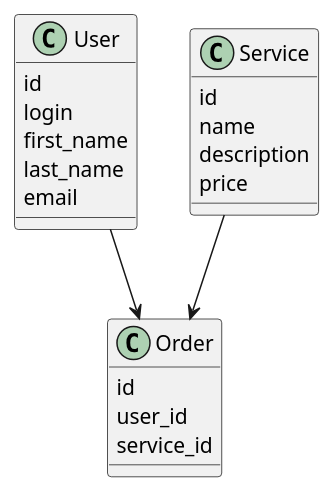
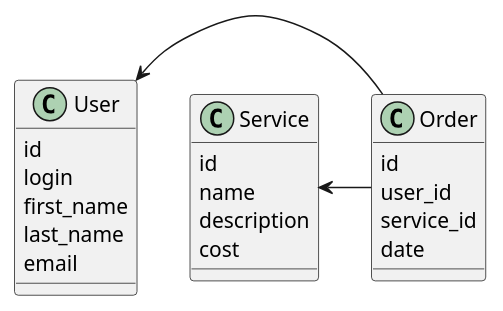
One commit to KoryakovDmitry/hl_mai_lab_00 changed the second of 2 diagrams in components.md. Above: the diagram before and after it, drawn with PlantUML. The commit also changed other lines of this file and 2 other files, not shown here.

````diff
--- a/components.md
+++ b/components.md
@@ -48,29 +71,30 @@
 ```puml
 @startuml
 
 class User {
   id
   login
   first_name
   last_name
   email
 }
 
 class Service {
   id
   name
   description
-  price
+  cost
 }
 
 class Order {
   id
   user_id
   service_id
+  date
 }
 
-User --> Order
-Service --> Order
+User <- Order
+Service <- Order
 
 @enduml
 ```
````
